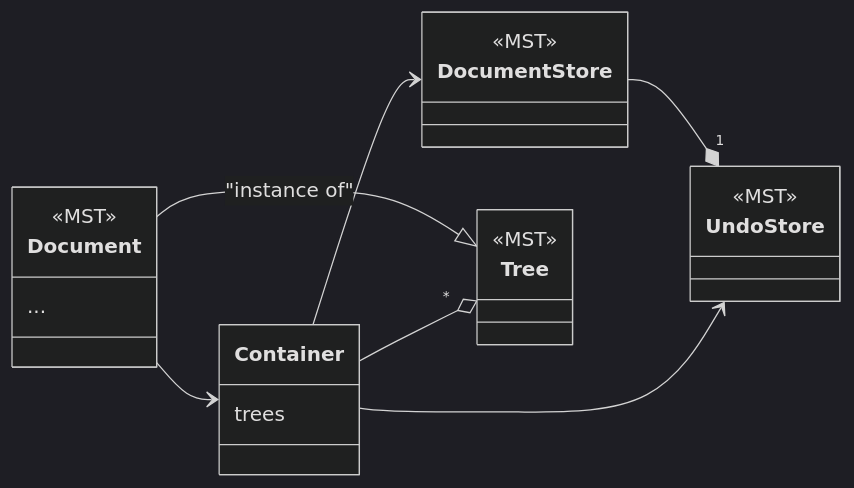
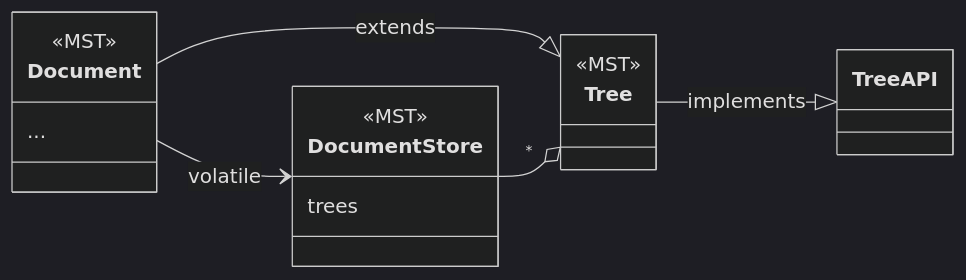
One commit to concord-consortium/collaborative-learning changed the second of 6 diagrams in docs/history-framework.md. Above: the diagram before and after it, drawn with Mermaid (dark theme). The commit also changed other lines of this file and 2 other files, not shown here.

Commit message:
update documentation with consolidated DocStore
Also simplify replayHistoryToTrees

````diff
--- a/docs/history-framework.md
+++ b/docs/history-framework.md
@@ -59,28 +60,21 @@
 ```mermaid
 classDiagram
 direction LR
-class UndoStore {  
-  <<MST>>
-}
 class DocumentStore {
   <<MST>>
+  trees
 }
-class Container {
-  trees  
-}
-DocumentStore --* "1" UndoStore
-Container --> DocumentStore
-Container --> UndoStore
+Document --> DocumentStore : volatile
 
 class Document {
   <<MST>>
   ...  
 }
 class Tree {
   <<MST>>
 }
-Document --|> Tree : "instance of"
-Container --o "*" Tree
-Document --> Container
+Document --|> Tree : extends
+DocumentStore --o "*" Tree
+Tree --|> TreeAPI : implements
 
 ```
````
